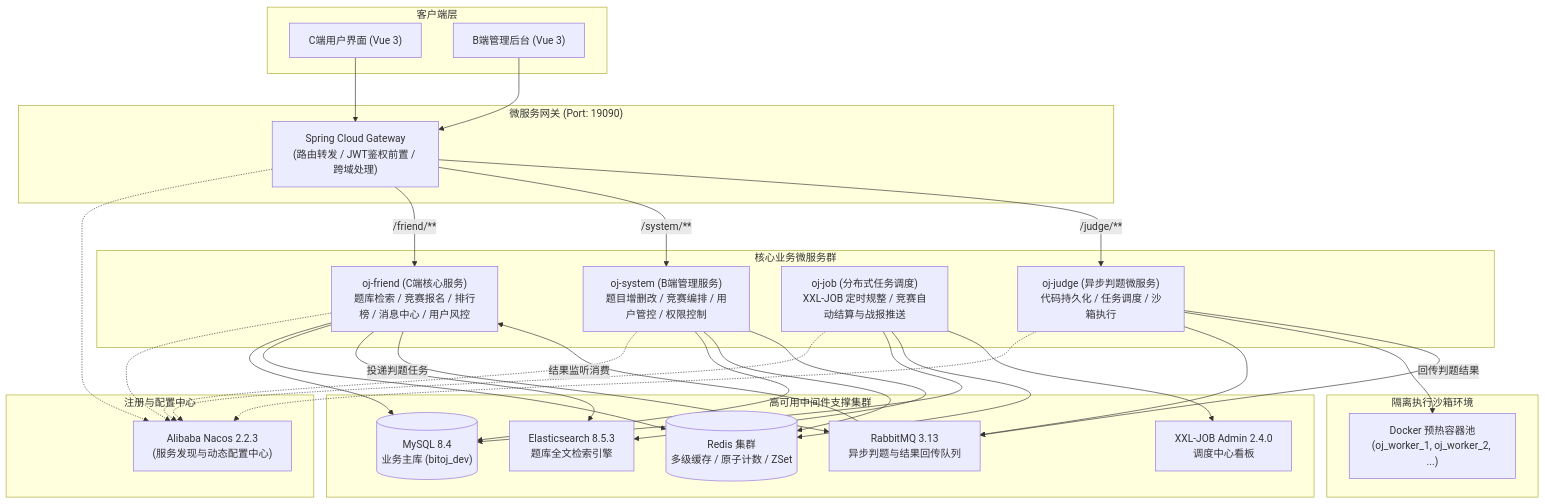
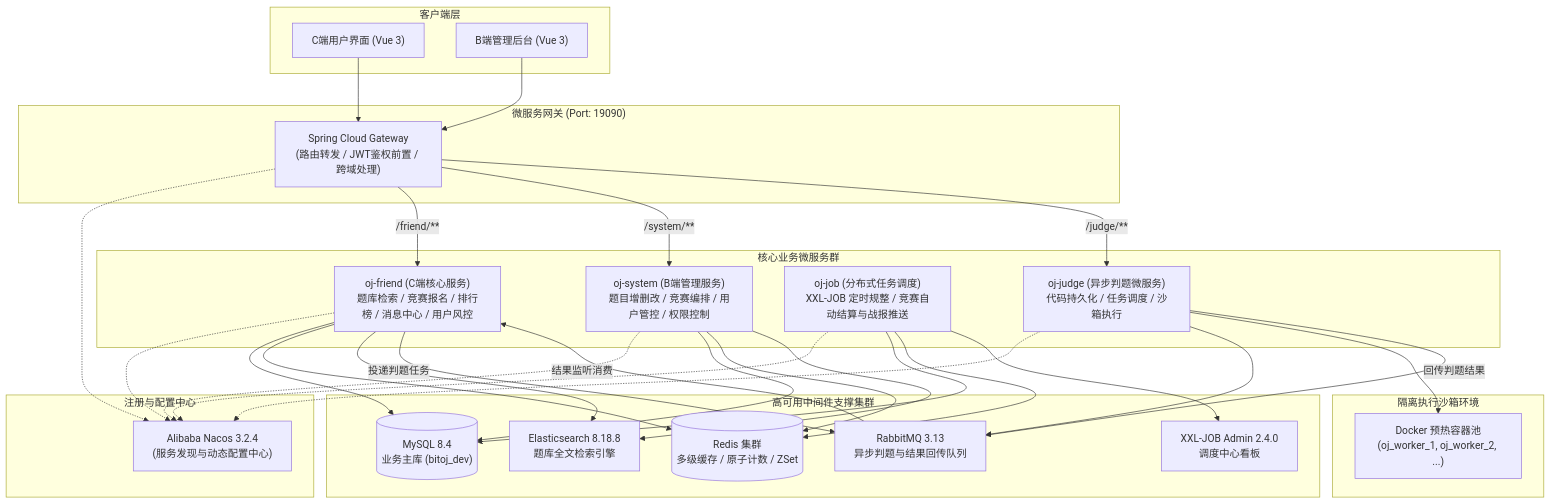
Before and after one commit to pluchon/online_oj: the diagram in README.md, drawn with Mermaid. The commit also changed other lines of this file and 18 other files, not shown here.

````diff
--- a/README.md
+++ b/README.md
@@ -32,65 +32,65 @@
 ```mermaid
 flowchart TD
     subgraph ClientLayer ["客户端层"]
         WebUser["C端用户界面 (Vue 3)"]
         WebAdmin["B端管理后台 (Vue 3)"]
     end
 
     subgraph GatewayLayer ["微服务网关 (Port: 19090)"]
         Gateway["Spring Cloud Gateway\n(路由转发 / JWT鉴权前置 / 跨域处理)"]
     end
 
     subgraph ServiceRegistry ["注册与配置中心"]
-        Nacos["Alibaba Nacos 2.2.3\n(服务发现与动态配置中心)"]
+        Nacos["Alibaba Nacos 3.2.4\n(服务发现与动态配置中心)"]
     end
 
     subgraph BusinessServices ["核心业务微服务群"]
         FriendService["oj-friend (C端核心服务)\n题库检索 / 竞赛报名 / 排行榜 / 消息中心 / 用户风控"]
         SystemService["oj-system (B端管理服务)\n题目增删改 / 竞赛编排 / 用户管控 / 权限控制"]
         JobService["oj-job (分布式任务调度)\nXXL-JOB 定时规整 / 竞赛自动结算与战报推送"]
         JudgeService["oj-judge (异步判题微服务)\n代码持久化 / 任务调度 / 沙箱执行"]
     end
 
     subgraph Middlewares ["高可用中间件支撑集群"]
         MySQL[("MySQL 8.4\n业务主库 (bitoj_dev)")]
         Redis[("Redis 集群\n多级缓存 / 原子计数 / ZSet")]
         RabbitMQ["RabbitMQ 3.13\n异步判题与结果回传队列"]
-        ES["Elasticsearch 8.5.3\n题库全文检索引擎"]
+        ES["Elasticsearch 8.18.8\n题库全文检索引擎"]
         XXLJobAdmin["XXL-JOB Admin 2.4.0\n调度中心看板"]
     end
 
     subgraph SandboxCluster ["隔离执行沙箱环境"]
         ContainerPool["Docker 预热容器池\n(oj_worker_1, oj_worker_2, ...)"]
     end
 
     %% 连接关系
     WebUser --> Gateway
     WebAdmin --> Gateway
     Gateway -.-> Nacos
     FriendService -.-> Nacos
     SystemService -.-> Nacos
     JobService -.-> Nacos
     JudgeService -.-> Nacos
 
     Gateway -->|/friend/**| FriendService
     Gateway -->|/system/**| SystemService
     Gateway -->|/judge/**| JudgeService
 
     FriendService --> MySQL
     FriendService --> Redis
     FriendService --> ES
     FriendService -->|投递判题任务| RabbitMQ
 
     SystemService --> MySQL
     SystemService --> Redis
     SystemService --> ES
 
     JobService --> MySQL
     JobService --> Redis
     JobService --> XXLJobAdmin
 
     JudgeService --> RabbitMQ
     JudgeService --> ContainerPool
     JudgeService -->|回传判题结果| RabbitMQ
     RabbitMQ -->|结果监听消费| FriendService
 ```
````
